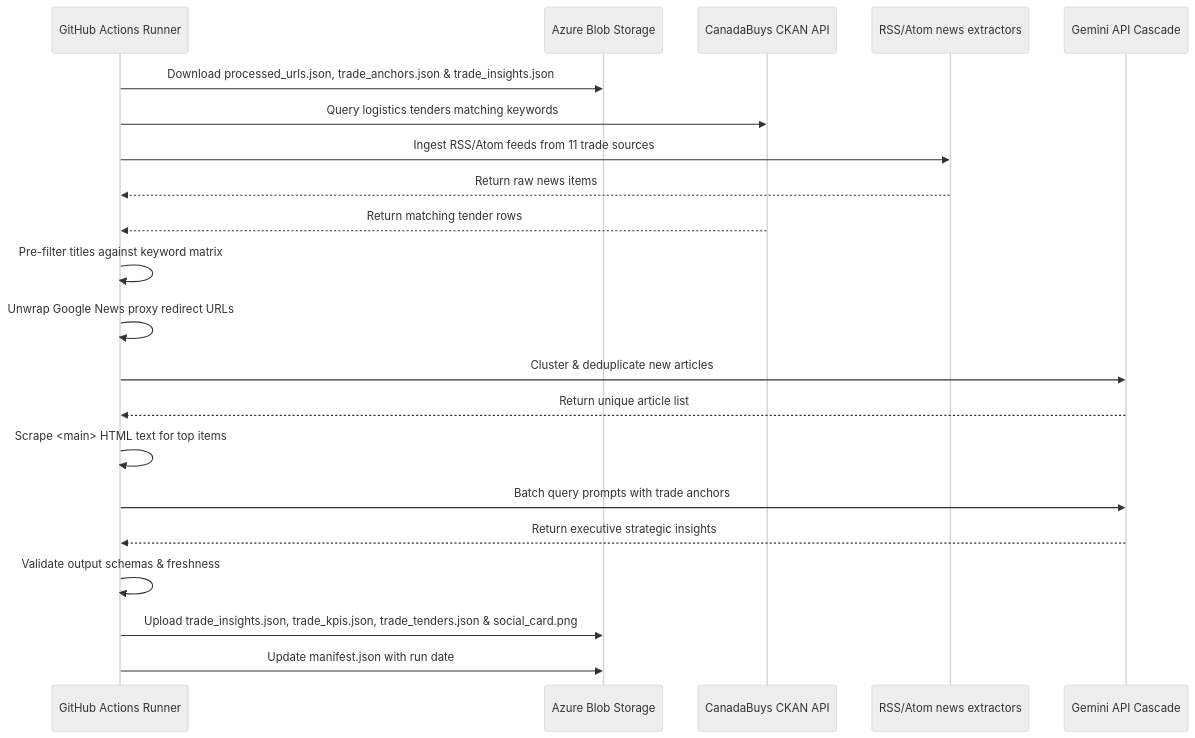
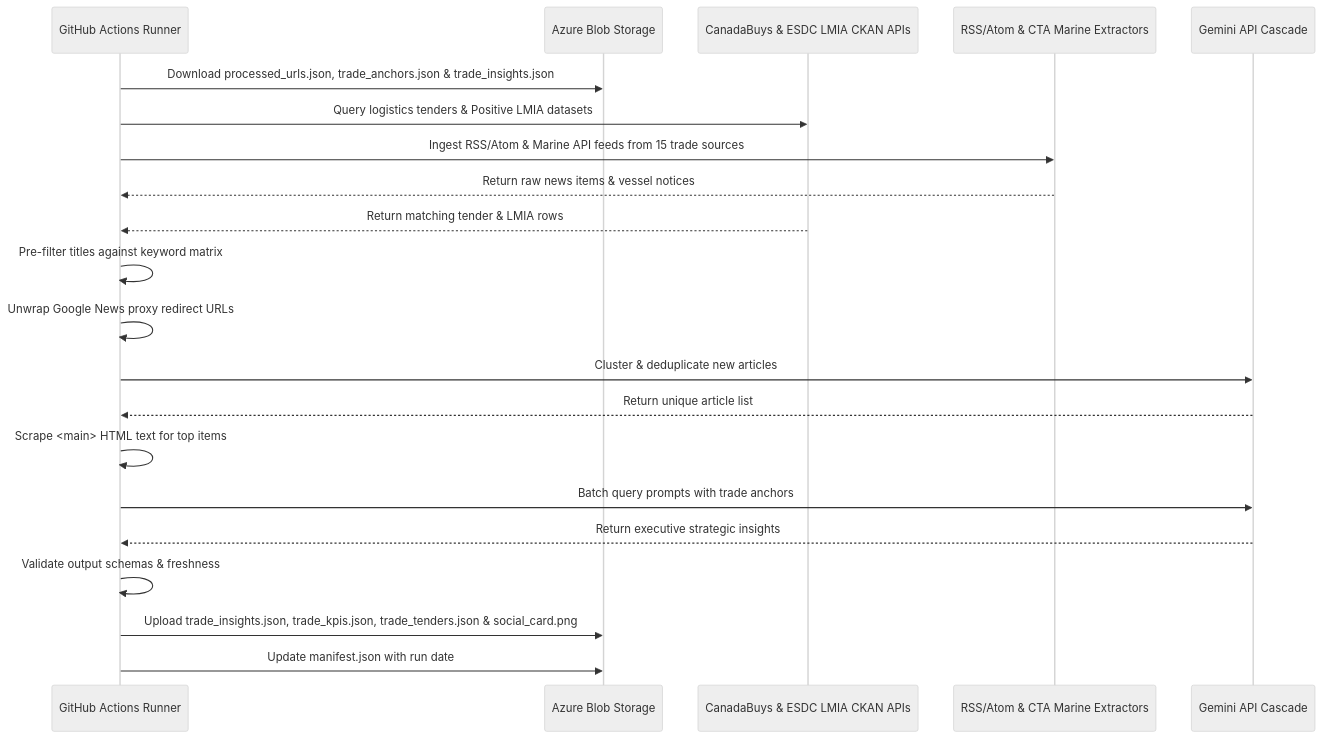
The second of 2 diagrams in docs/architecture_arc42_trade_compliance.md (4mayAi/canadian-grant-intelligence), drawn with Mermaid (neutral theme) before and after one commit. The commit also changed other lines of this file and 11 other files, not shown here.

Commit message:
Update arc42 architecture documents and log recent sessions

````diff
--- a/docs/architecture_arc42_trade_compliance.md
+++ b/docs/architecture_arc42_trade_compliance.md
@@ -162,24 +174,24 @@
 ```mermaid
 sequenceDiagram
     participant Runner as GitHub Actions Runner
     participant Azure as Azure Blob Storage
-    participant CKAN as CanadaBuys CKAN API
-    participant RSS as RSS/Atom news extractors
+    participant CKAN as CanadaBuys & ESDC LMIA CKAN APIs
+    participant RSS as RSS/Atom & CTA Marine Extractors
     participant LLM as Gemini API Cascade
     
     Runner->>Azure: Download processed_urls.json, trade_anchors.json & trade_insights.json
-    Runner->>CKAN: Query logistics tenders matching keywords
-    Runner->>RSS: Ingest RSS/Atom feeds from 11 trade sources
-    RSS-->>Runner: Return raw news items
-    CKAN-->>Runner: Return matching tender rows
+    Runner->>CKAN: Query logistics tenders & Positive LMIA datasets
+    Runner->>RSS: Ingest RSS/Atom & Marine API feeds from 15 trade sources
+    RSS-->>Runner: Return raw news items & vessel notices
+    CKAN-->>Runner: Return matching tender & LMIA rows
     Runner->>Runner: Pre-filter titles against keyword matrix
     Runner->>Runner: Unwrap Google News proxy redirect URLs
     Runner->>LLM: Cluster & deduplicate new articles
     LLM-->>Runner: Return unique article list
     Runner->>Runner: Scrape <main> HTML text for top items
     Runner->>LLM: Batch query prompts with trade anchors
     LLM-->>Runner: Return executive strategic insights
     Runner->>Runner: Validate output schemas & freshness
     Runner->>Azure: Upload trade_insights.json, trade_kpis.json, trade_tenders.json & social_card.png
     Runner->>Azure: Update manifest.json with run date
 ```
````
